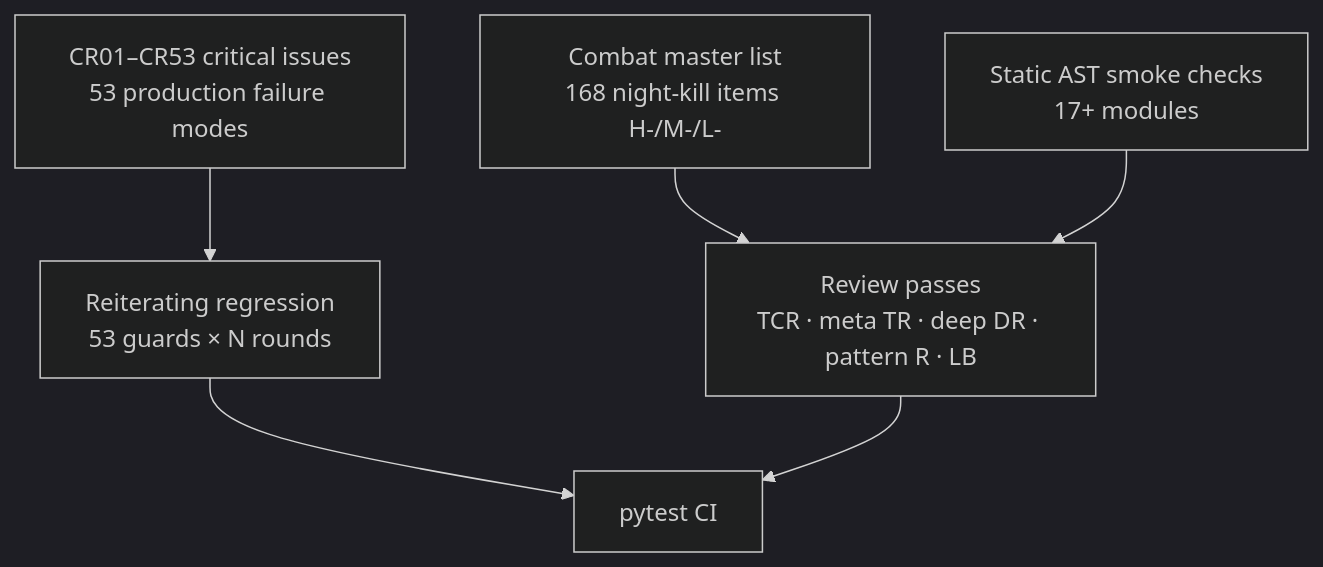
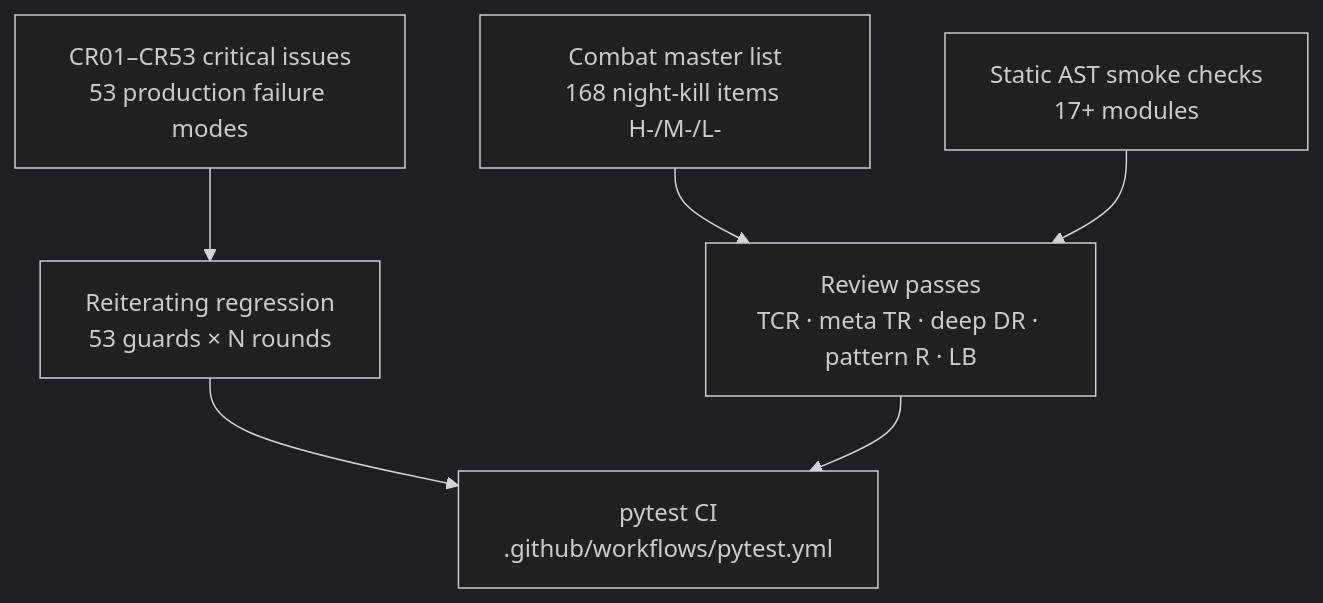
One commit to chentaot1/MafiaSalem changed diagram 12 of 12 in README.md. Above: the diagram before and after it, drawn with Mermaid (dark theme). The commit also changed other lines of this file, not shown here.

````diff
--- a/README.md
+++ b/README.md
@@ -1188,13 +1214,13 @@
 ```mermaid
 flowchart TB
   CR["CR01–CR53 critical issues\n53 production failure modes"]
   CML["Combat master list\n168 night-kill items H-/M-/L-"]
   AST["Static AST smoke checks\n17+ modules"]
   REV["Review passes\nTCR · meta TR · deep DR · pattern R · LB"]
   REIT["Reiterating regression\n53 guards × N rounds"]
   CR --> REIT
   CML --> REV
   AST --> REV
-  REIT --> CI["pytest CI"]
+  REIT --> CI["pytest CI\n.github/workflows/pytest.yml"]
   REV --> CI
 ```
````
